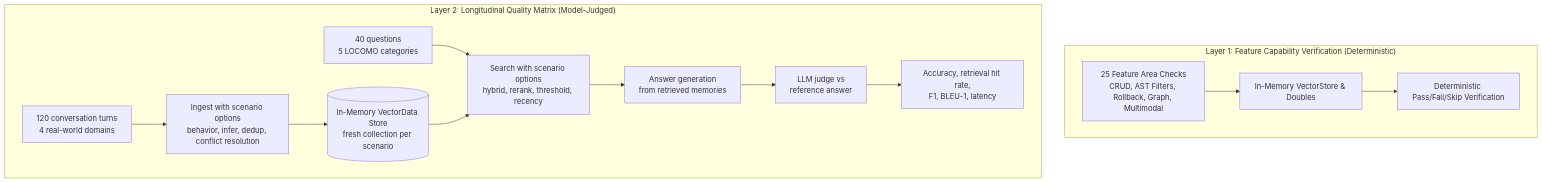
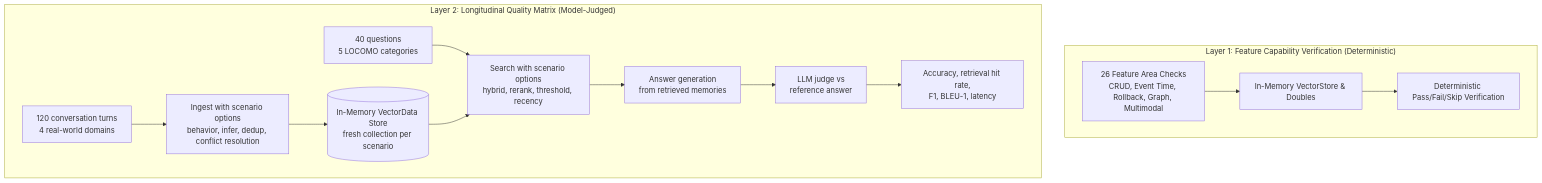
Before and after one commit to jihadkhawaja/magicore: the diagram in docs/evaluation.md, drawn with Mermaid. The commit also changed other lines of this file and 40 other files, not shown here.

````diff
--- a/docs/evaluation.md
+++ b/docs/evaluation.md
@@ -11,18 +11,18 @@
 ```mermaid
 flowchart TD
     subgraph L1["Layer 1: Feature Capability Verification (Deterministic)"]
         direction LR
-        C1[25 Feature Area Checks<br/>CRUD, AST Filters, Rollback, Graph, Multimodal] --> C2[In-Memory VectorStore & Doubles] --> C3[Deterministic Pass/Fail/Skip Verification]
+        C1[26 Feature Area Checks<br/>CRUD, Event Time, Rollback, Graph, Multimodal] --> C2[In-Memory VectorStore & Doubles] --> C3[Deterministic Pass/Fail/Skip Verification]
     end
 
     subgraph L2["Layer 2: Longitudinal Quality Matrix (Model-Judged)"]
         direction LR
         A[120 conversation turns<br/>4 real-world domains] --> B[Ingest with scenario options<br/>behavior, infer, dedup, conflict resolution]
         B --> C[(In-Memory VectorData Store<br/>fresh collection per scenario)]
         D[40 questions<br/>5 LOCOMO categories] --> E[Search with scenario options<br/>hybrid, rerank, threshold, recency]
         C --> E
         E --> F[Answer generation<br/>from retrieved memories]
         F --> G[LLM judge vs<br/>reference answer]
         G --> H[Accuracy, retrieval hit rate,<br/>F1, BLEU-1, latency]
     end
 ```
````
